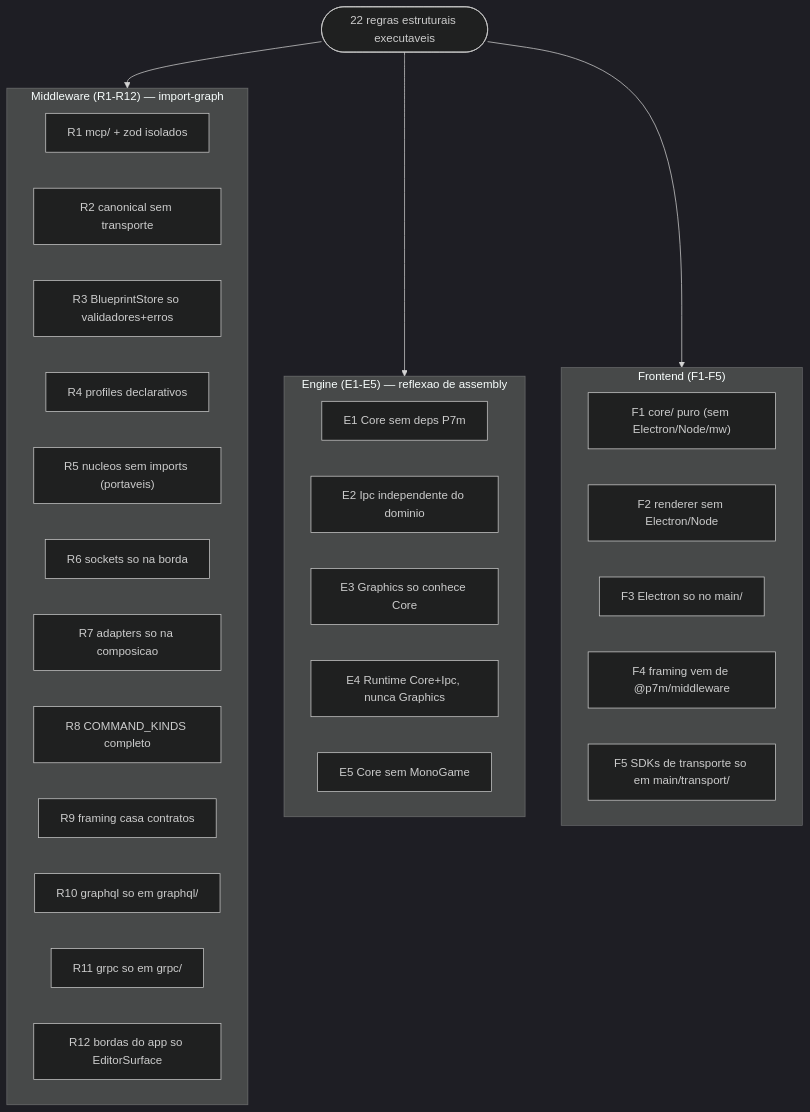
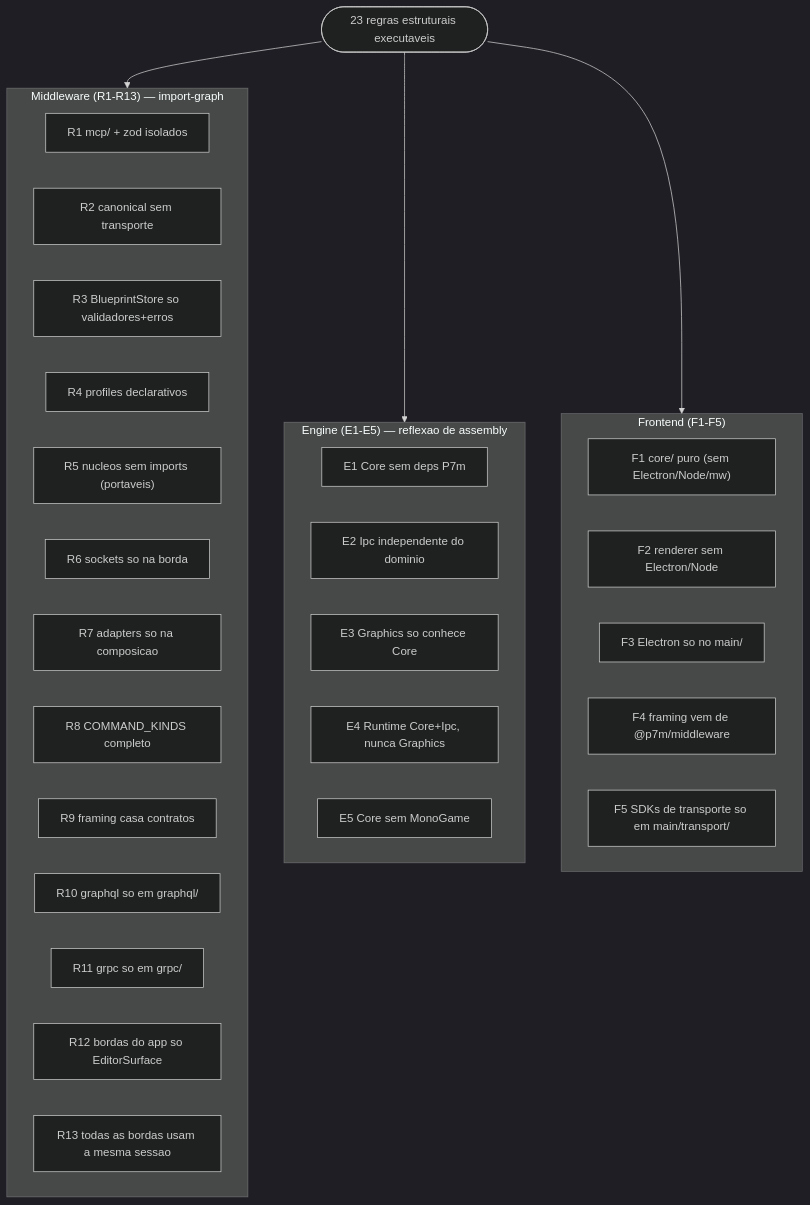
One commit to flaviotinococoutinho/Gridsmith changed the second of 5 diagrams in docs/GOVERNANCE.md. Above: the diagram before and after it, drawn with Mermaid (dark theme). The commit also changed other lines of this file and 68 other files, not shown here.

````diff
--- a/docs/GOVERNANCE.md
+++ b/docs/GOVERNANCE.md
@@ -67,34 +68,35 @@
 ```mermaid
 graph TD
-  ROOT(["22 regras estruturais executaveis"]) --> MWg
+  ROOT(["23 regras estruturais executaveis"]) --> MWg
   ROOT --> ENg
   ROOT --> FEg
-  subgraph MWg["Middleware (R1-R12) — import-graph"]
+  subgraph MWg["Middleware (R1-R13) — import-graph"]
     R1["R1 mcp/ + zod isolados"]
     R2["R2 canonical sem transporte"]
     R3["R3 BlueprintStore so validadores+erros"]
     R4["R4 profiles declarativos"]
     R5["R5 nucleos sem imports (portaveis)"]
     R6["R6 sockets so na borda"]
     R7["R7 adapters so na composicao"]
     R8["R8 COMMAND_KINDS completo"]
     R9["R9 framing casa contratos"]
     R10["R10 graphql so em graphql/"]
     R11["R11 grpc so em grpc/"]
     R12["R12 bordas do app so EditorSurface"]
+    R13["R13 todas as bordas usam a mesma sessao"]
   end
   subgraph ENg["Engine (E1-E5) — reflexao de assembly"]
     E1["E1 Core sem deps P7m"]
     E2["E2 Ipc independente do dominio"]
     E3["E3 Graphics so conhece Core"]
     E4["E4 Runtime Core+Ipc, nunca Graphics"]
     E5["E5 Core sem MonoGame"]
   end
   subgraph FEg["Frontend (F1-F5)"]
     F1["F1 core/ puro (sem Electron/Node/mw)"]
     F2["F2 renderer sem Electron/Node"]
     F3["F3 Electron so no main/"]
     F4["F4 framing vem de @p7m/middleware"]
     F5["F5 SDKs de transporte so em main/transport/"]
   end
 ```
````
